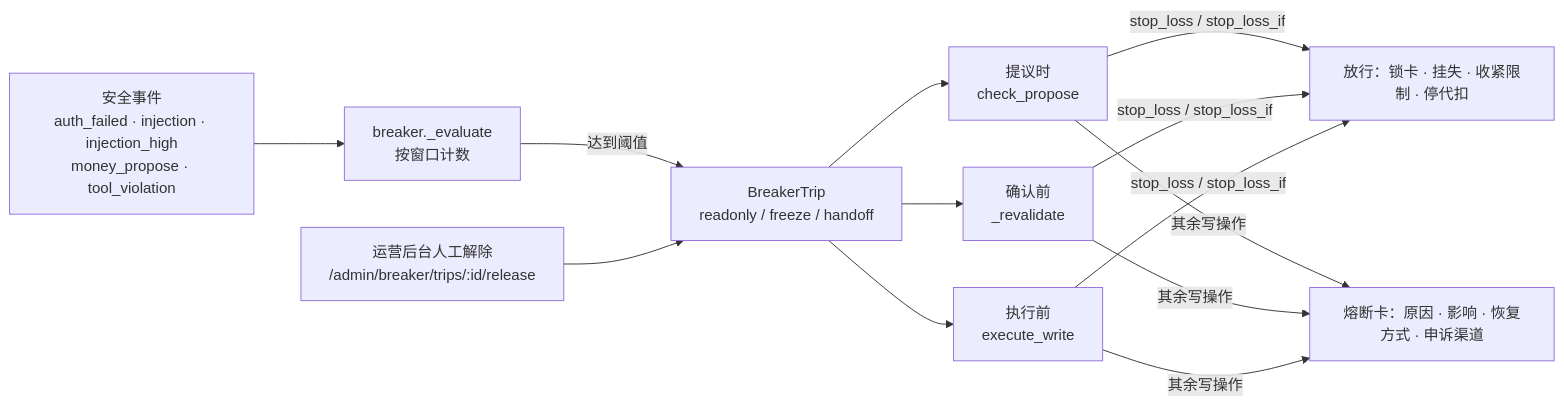
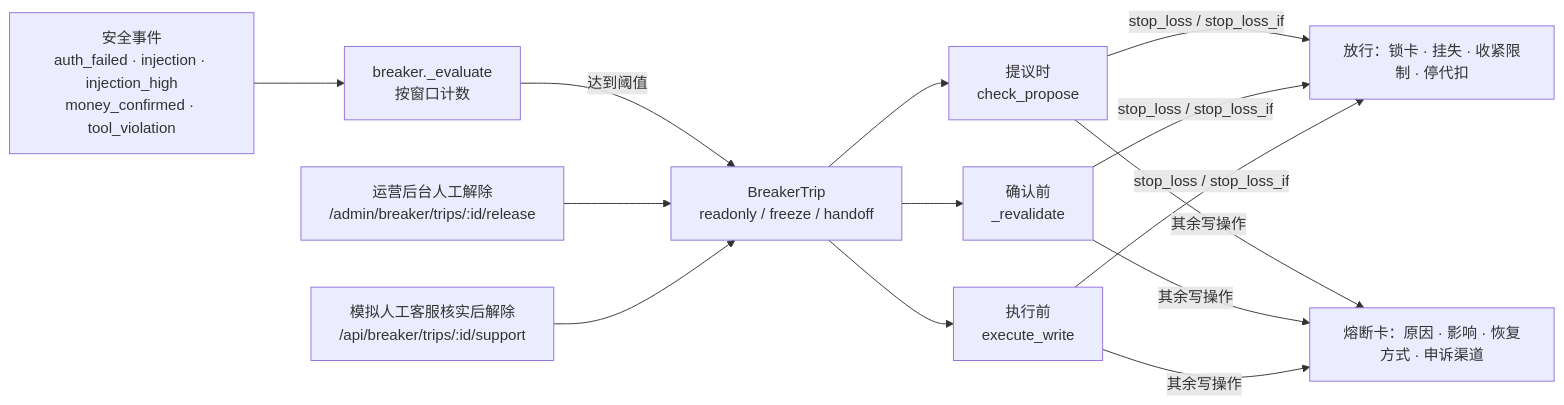
Before and after one commit to SuperWheel/saydo-agent: the fifth of 9 diagrams in docs/07-架构图.md, drawn with Mermaid. The commit also changed 18 other files, not shown here.

````diff
--- a/docs/07-架构图.md
+++ b/docs/07-架构图.md
@@ -232,11 +232,12 @@
 ```mermaid
 flowchart LR
-    EV[安全事件<br/>auth_failed · injection · injection_high<br/>money_propose · tool_violation] --> CNT[breaker._evaluate<br/>按窗口计数]
+    EV[安全事件<br/>auth_failed · injection · injection_high<br/>money_confirmed · tool_violation] --> CNT[breaker._evaluate<br/>按窗口计数]
     CNT -->|达到阈值| TRIP[BreakerTrip<br/>readonly / freeze / handoff]
     TRIP --> C1[提议时<br/>check_propose]
     TRIP --> C2[确认前<br/>_revalidate]
     TRIP --> C3[执行前<br/>execute_write]
     C1 & C2 & C3 -->|stop_loss / stop_loss_if| OK[放行：锁卡 · 挂失 · 收紧限制 · 停代扣]
     C1 & C2 & C3 -->|其余写操作| NO[熔断卡：原因 · 影响 · 恢复方式 · 申诉渠道]
     ADMIN[运营后台人工解除<br/>/admin/breaker/trips/:id/release] --> TRIP
+    SUP[模拟人工客服核实后解除<br/>/api/breaker/trips/:id/support] --> TRIP
 ```
````
